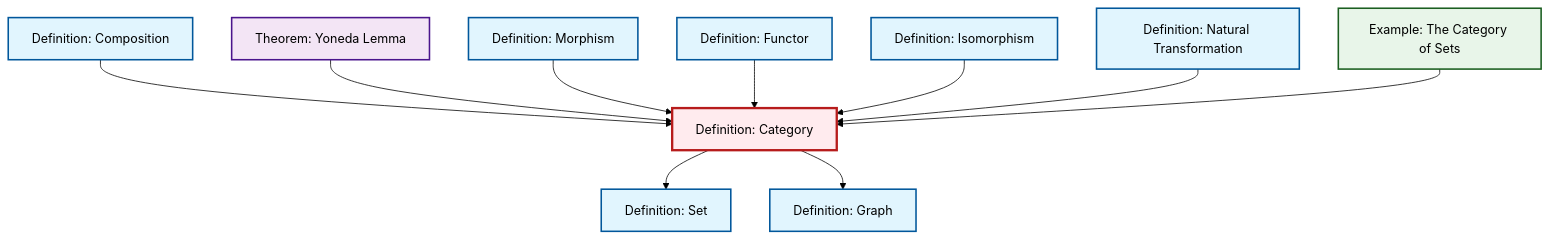
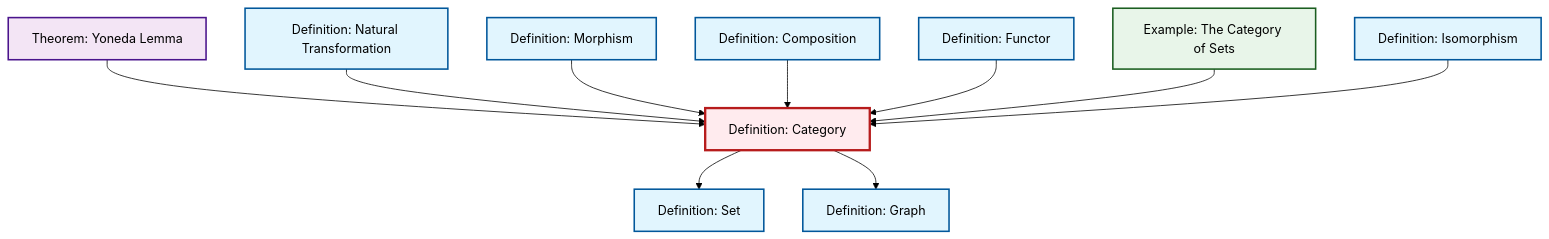
One commit to RK0429/ModernMath changed the diagram in content/en/category-theory/def-category.qmd. Above: the diagram before and after it, drawn with Mermaid (forest theme). The commit also changed other lines of this file and 474 other files, not shown here.

````diff
--- a/content/en/category-theory/def-category.qmd
+++ b/content/en/category-theory/def-category.qmd
@@ -47,38 +47,38 @@
 ```{mermaid}
 %%| fig-cap: "Local dependency graph"
 graph TD
     classDef definition fill:#e1f5fe,stroke:#01579b,stroke-width:2px
     classDef theorem fill:#f3e5f5,stroke:#4a148c,stroke-width:2px
     classDef axiom fill:#fff3e0,stroke:#e65100,stroke-width:2px
     classDef example fill:#e8f5e9,stroke:#1b5e20,stroke-width:2px
     classDef current fill:#ffebee,stroke:#b71c1c,stroke-width:3px
     def-set["Definition: Set"]:::definition
     def-isomorphism["Definition: Isomorphism"]:::definition
-    def-morphism["Definition: Morphism"]:::definition
-    def-category["Definition: Category"]:::definition
-    def-graph["Definition: Graph"]:::definition
-    def-composition["Definition: Composition"]:::definition
     def-functor["Definition: Functor"]:::definition
     thm-yoneda["Theorem: Yoneda Lemma"]:::theorem
     def-natural-transformation["Definition: Natural Transformation"]:::definition
+    def-graph["Definition: Graph"]:::definition
+    def-category["Definition: Category"]:::definition
+    def-morphism["Definition: Morphism"]:::definition
     ex-set-category["Example: The Category of Sets"]:::example
+    def-composition["Definition: Composition"]:::definition
+    thm-yoneda --> def-category
+    def-natural-transformation --> def-category
+    def-morphism --> def-category
+    def-composition --> def-category
     def-category --> def-set
-    def-composition --> def-category
-    thm-yoneda --> def-category
-    def-morphism --> def-category
+    def-category --> def-graph
     def-functor --> def-category
+    ex-set-category --> def-category
     def-isomorphism --> def-category
-    def-category --> def-graph
-    def-natural-transformation --> def-category
-    ex-set-category --> def-category
     class def-category current
     click def-set "def-set.html" "Go to Set definition"
     click def-isomorphism "def-isomorphism.html" "Go to Isomorphism definition"
-    click def-morphism "def-morphism.html" "Go to Morphism definition"
-    click def-graph "def-graph.html" "Go to Graph definition"
-    click def-composition "def-composition.html" "Go to Composition definition"
     click def-functor "def-functor.html" "Go to Functor definition"
     click thm-yoneda "thm-yoneda.html" "Go to Yoneda Lemma theorem"
     click def-natural-transformation "def-natural-transformation.html" "Go to Natural Transformation definition"
+    click def-graph "def-graph.html" "Go to Graph definition"
+    click def-morphism "def-morphism.html" "Go to Morphism definition"
     click ex-set-category "ex-set-category.html" "Go to The Category of Sets example"
+    click def-composition "def-composition.html" "Go to Composition definition"
 ```
````
